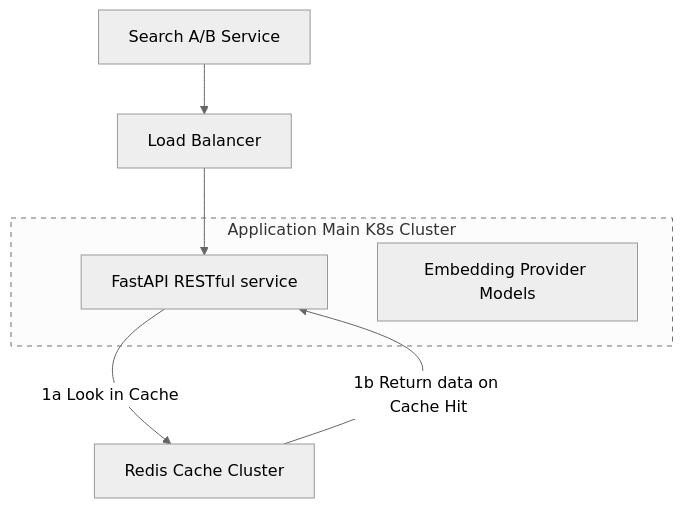
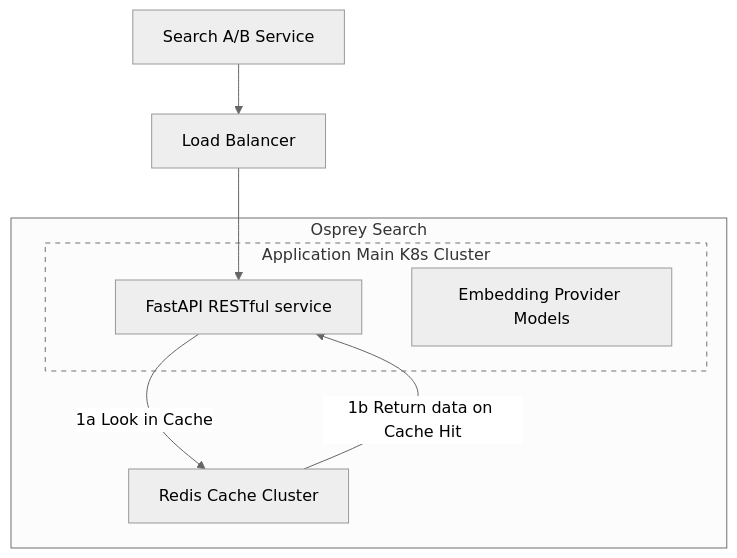
The diagram in osprey_search_ARCHITECTURE.md (caiferris/qtact), drawn with Mermaid (neutral theme) before and after one commit.

Commit message:
Updated osprey doc

````diff
--- a/osprey_search_ARCHITECTURE.md
+++ b/osprey_search_ARCHITECTURE.md
@@ -45,16 +45,18 @@
 ```mermaid
 graph 
   query["Search A/B Service"]
   load_balancer["Load Balancer"]
   api_server["FastAPI RESTful service"]
   embedding_model["Embedding Provider Models"]
   redis["Redis Cache Cluster"]
   query --> load_balancer --> api_server
+subgraph parent_subgraph["Osprey Search"]
   api_server -- 1a Look in Cache --> redis
   redis -- 1b Return data on Cache Hit --> api_server
-subgraph sub_graph_group["Application Main K8s Cluster"]
-  style sub_graph_group stroke-dasharray: 5, 5
-  api_server
-  embedding_model
+  subgraph sub_graph_group1["Application Main K8s Cluster"]
+    style sub_graph_group1 stroke-dasharray: 5, 5
+    api_server
+    embedding_model
+  end
 end
 ```
````
